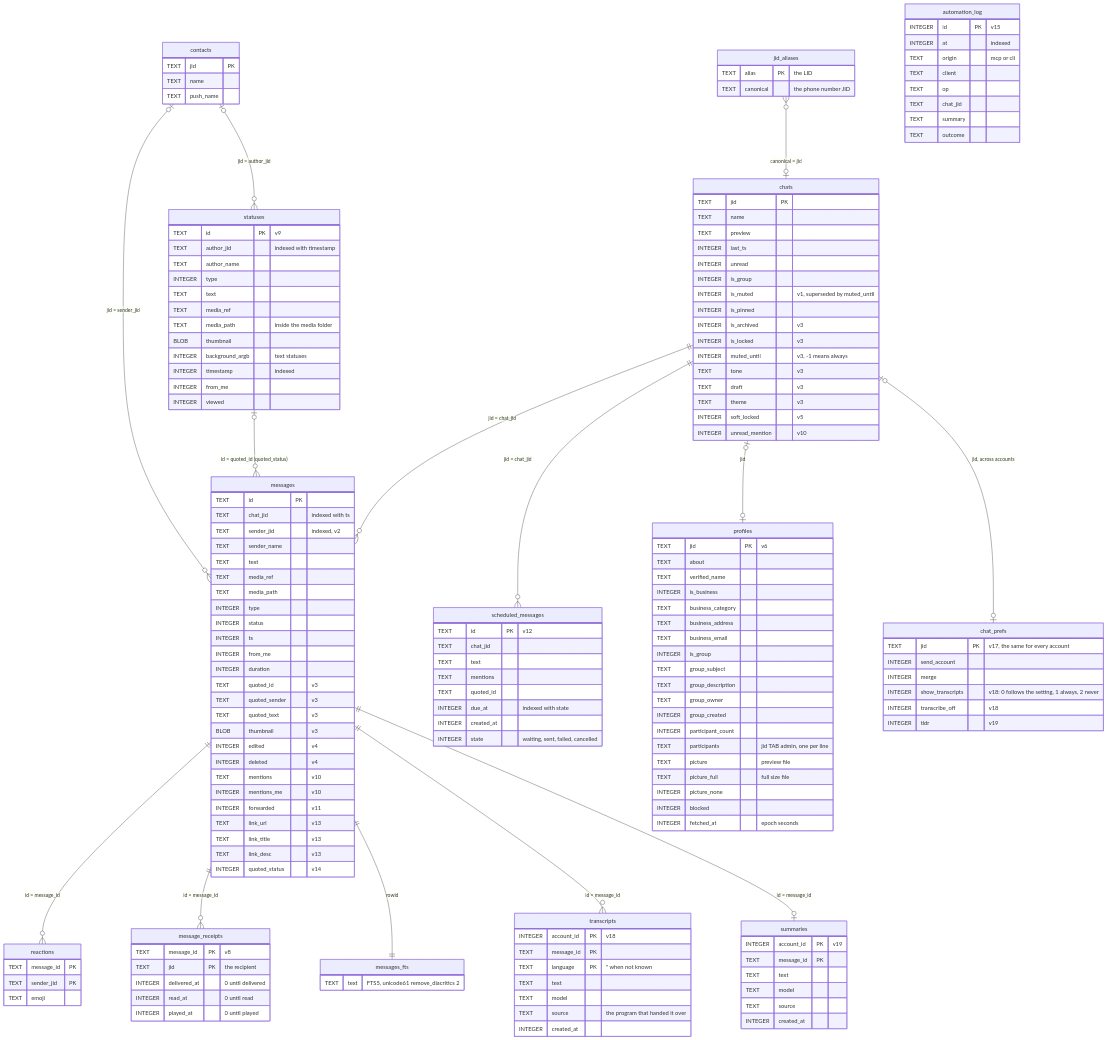
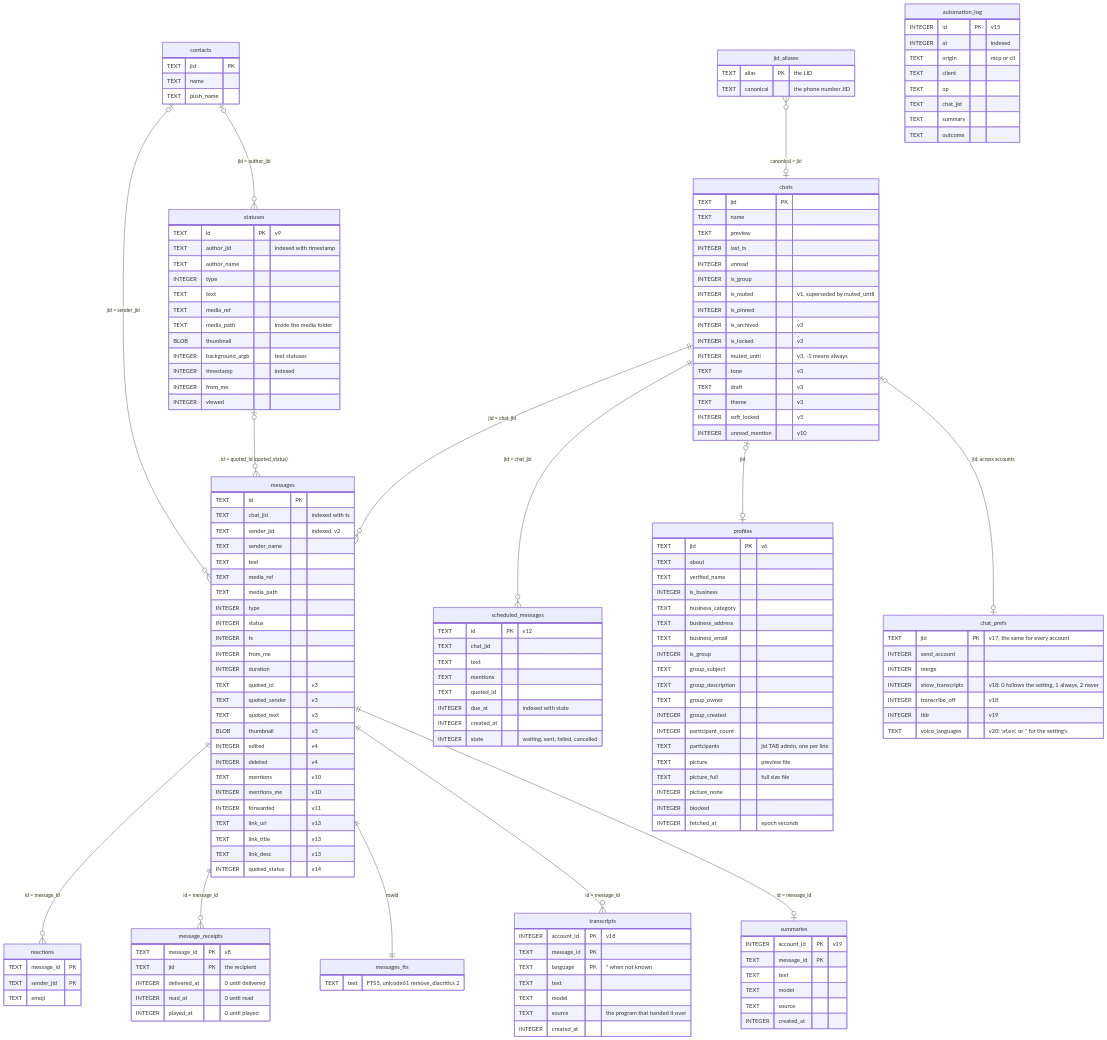
The sixth of 6 diagrams in ARCHITECTURE.md (LeonFNortje/tawk), drawn with Mermaid before and after one commit. The commit also changed other lines of this file and 8 other files, not shown here.

First line of the commit message:
Describe voice note languages, whole transcripts and word stepping in the documentation (#15)

```diff
--- a/ARCHITECTURE.md
+++ b/ARCHITECTURE.md
@@ -628,6 +629,7 @@
         INTEGER show_transcripts "v18: 0 follows the setting, 1 always, 2 never"
         INTEGER transcribe_off "v18"
         INTEGER tldr "v19"
+        TEXT voice_languages "v20: 'af,en', or '' for the setting's"
     }
     jid_aliases {
         TEXT alias PK "the LID"
```
